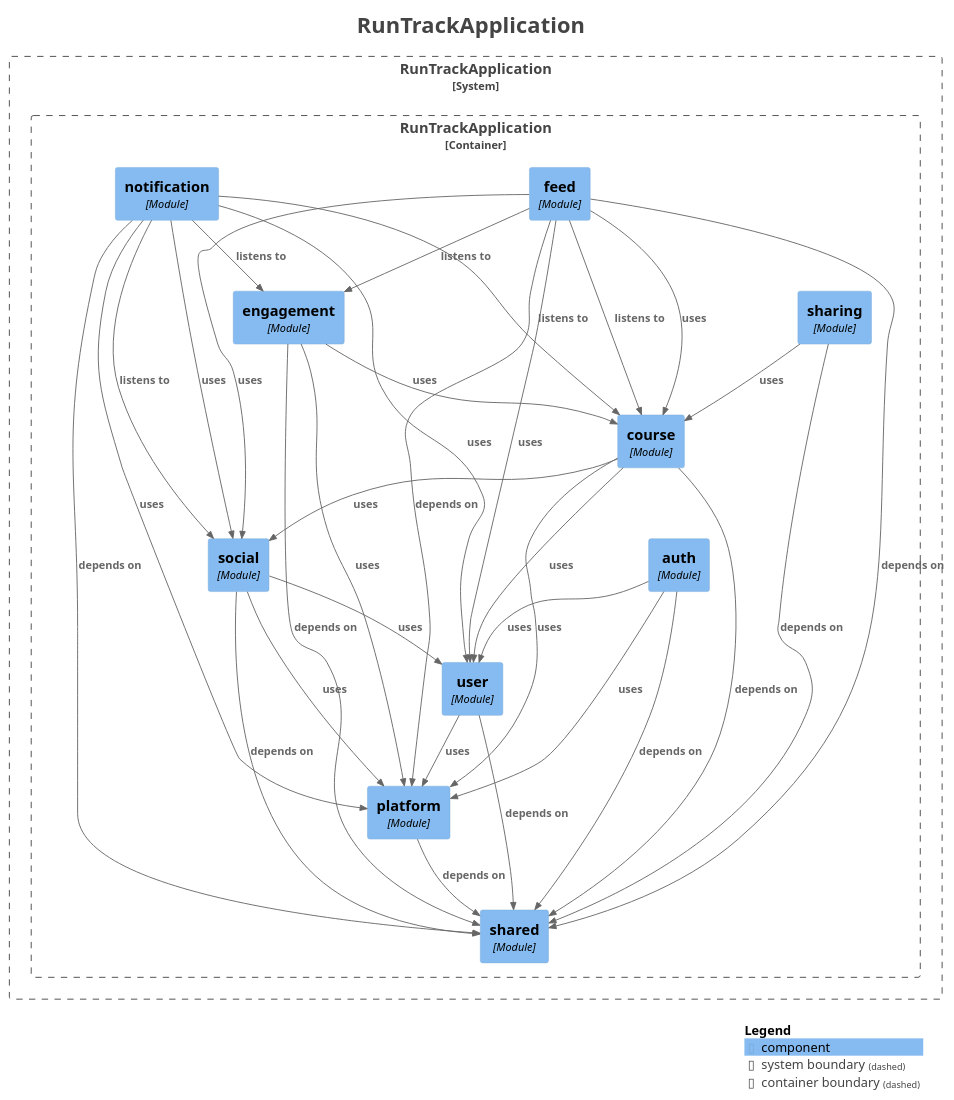
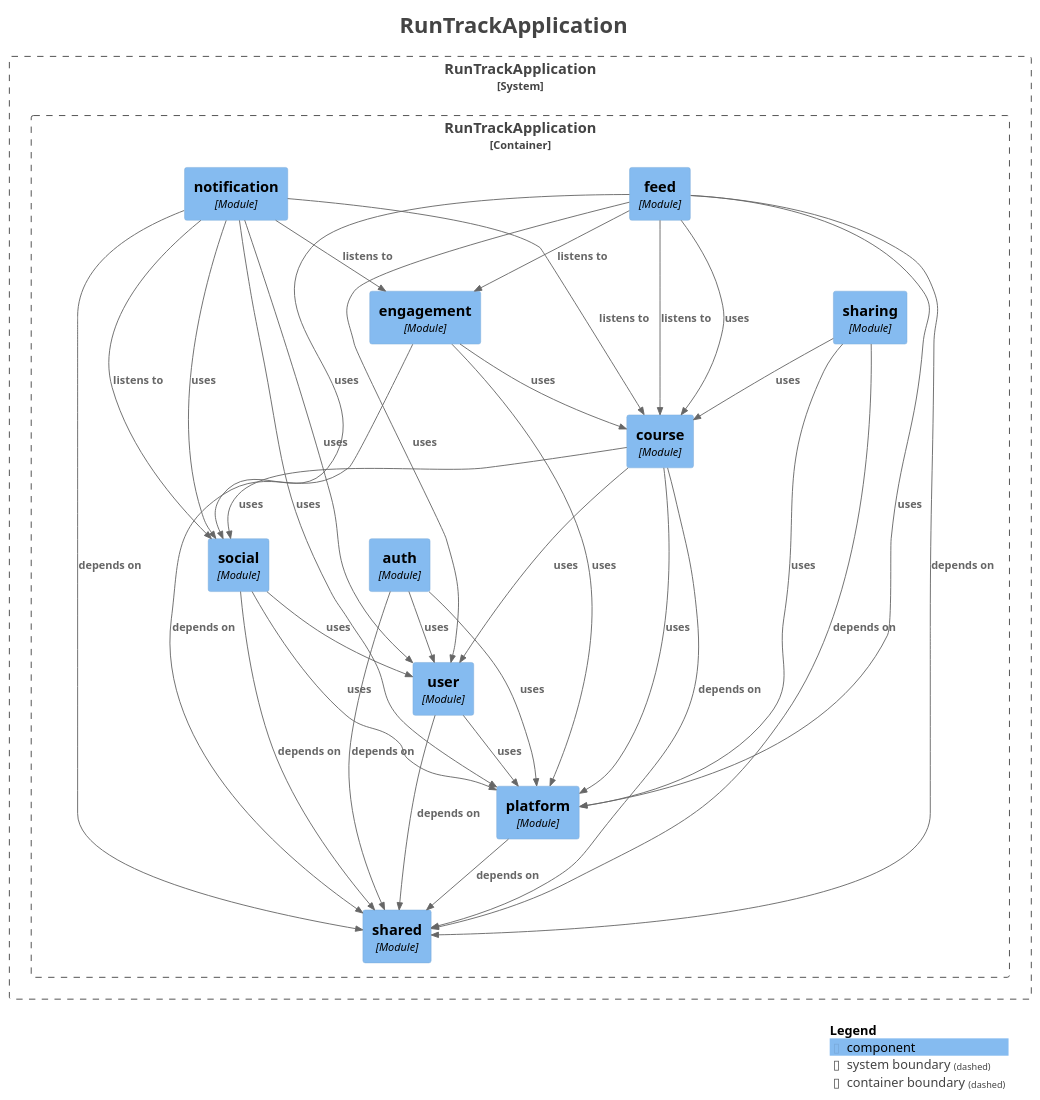
The diagram in docs/modules/components.puml (ThoRibeiro/runtrack), drawn with PlantUML before and after one commit. The commit also changed 37 other files, not shown here.

```diff
--- a/docs/modules/components.puml
+++ b/docs/modules/components.puml
@@ -1,69 +1,70 @@
 @startuml
 title <size:24>RunTrackApplication</size>
 
 set separator none
 top to bottom direction
 
 <style>
   root {
     BackgroundColor: #ffffff
     FontColor: #444444
   }
 </style>
 
 !include <C4/C4>
 !include <C4/C4_Context>
 !include <C4/C4_Component>
 
 System_Boundary("RunTrackApplication_boundary", "RunTrackApplication", $tags="") {
   Container_Boundary("RunTrackApplication.RunTrackApplication_boundary", "RunTrackApplication", $tags="") {
     Component(RunTrackApplication.RunTrackApplication.engagement, "engagement", $techn="Module", $descr="", $tags="", $link="")
     Component(RunTrackApplication.RunTrackApplication.sharing, "sharing", $techn="Module", $descr="", $tags="", $link="")
     Component(RunTrackApplication.RunTrackApplication.feed, "feed", $techn="Module", $descr="", $tags="", $link="")
     Component(RunTrackApplication.RunTrackApplication.notification, "notification", $techn="Module", $descr="", $tags="", $link="")
     Component(RunTrackApplication.RunTrackApplication.shared, "shared", $techn="Module", $descr="", $tags="", $link="")
     Component(RunTrackApplication.RunTrackApplication.platform, "platform", $techn="Module", $descr="", $tags="", $link="")
     Component(RunTrackApplication.RunTrackApplication.user, "user", $techn="Module", $descr="", $tags="", $link="")
     Component(RunTrackApplication.RunTrackApplication.auth, "auth", $techn="Module", $descr="", $tags="", $link="")
     Component(RunTrackApplication.RunTrackApplication.social, "social", $techn="Module", $descr="", $tags="", $link="")
     Component(RunTrackApplication.RunTrackApplication.course, "course", $techn="Module", $descr="", $tags="", $link="")
   }
 
 }
 
-Rel(RunTrackApplication.RunTrackApplication.sharing, RunTrackApplication.RunTrackApplication.shared, "depends on", $techn="", $tags="", $link="")
-Rel(RunTrackApplication.RunTrackApplication.sharing, RunTrackApplication.RunTrackApplication.course, "uses", $techn="", $tags="", $link="")
-Rel(RunTrackApplication.RunTrackApplication.auth, RunTrackApplication.RunTrackApplication.shared, "depends on", $techn="", $tags="", $link="")
-Rel(RunTrackApplication.RunTrackApplication.auth, RunTrackApplication.RunTrackApplication.platform, "uses", $techn="", $tags="", $link="")
-Rel(RunTrackApplication.RunTrackApplication.auth, RunTrackApplication.RunTrackApplication.user, "uses", $techn="", $tags="", $link="")
-Rel(RunTrackApplication.RunTrackApplication.feed, RunTrackApplication.RunTrackApplication.engagement, "listens to", $techn="", $tags="", $link="")
-Rel(RunTrackApplication.RunTrackApplication.feed, RunTrackApplication.RunTrackApplication.course, "listens to", $techn="", $tags="", $link="")
-Rel(RunTrackApplication.RunTrackApplication.feed, RunTrackApplication.RunTrackApplication.shared, "depends on", $techn="", $tags="", $link="")
-Rel(RunTrackApplication.RunTrackApplication.feed, RunTrackApplication.RunTrackApplication.platform, "depends on", $techn="", $tags="", $link="")
-Rel(RunTrackApplication.RunTrackApplication.feed, RunTrackApplication.RunTrackApplication.course, "uses", $techn="", $tags="", $link="")
-Rel(RunTrackApplication.RunTrackApplication.feed, RunTrackApplication.RunTrackApplication.social, "uses", $techn="", $tags="", $link="")
-Rel(RunTrackApplication.RunTrackApplication.feed, RunTrackApplication.RunTrackApplication.user, "uses", $techn="", $tags="", $link="")
-Rel(RunTrackApplication.RunTrackApplication.notification, RunTrackApplication.RunTrackApplication.course, "listens to", $techn="", $tags="", $link="")
-Rel(RunTrackApplication.RunTrackApplication.notification, RunTrackApplication.RunTrackApplication.engagement, "listens to", $techn="", $tags="", $link="")
-Rel(RunTrackApplication.RunTrackApplication.notification, RunTrackApplication.RunTrackApplication.social, "listens to", $techn="", $tags="", $link="")
-Rel(RunTrackApplication.RunTrackApplication.notification, RunTrackApplication.RunTrackApplication.shared, "depends on", $techn="", $tags="", $link="")
-Rel(RunTrackApplication.RunTrackApplication.notification, RunTrackApplication.RunTrackApplication.platform, "uses", $techn="", $tags="", $link="")
-Rel(RunTrackApplication.RunTrackApplication.notification, RunTrackApplication.RunTrackApplication.social, "uses", $techn="", $tags="", $link="")
-Rel(RunTrackApplication.RunTrackApplication.notification, RunTrackApplication.RunTrackApplication.user, "uses", $techn="", $tags="", $link="")
+Rel(RunTrackApplication.RunTrackApplication.social, RunTrackApplication.RunTrackApplication.shared, "depends on", $techn="", $tags="", $link="")
+Rel(RunTrackApplication.RunTrackApplication.social, RunTrackApplication.RunTrackApplication.platform, "uses", $techn="", $tags="", $link="")
+Rel(RunTrackApplication.RunTrackApplication.social, RunTrackApplication.RunTrackApplication.user, "uses", $techn="", $tags="", $link="")
 Rel(RunTrackApplication.RunTrackApplication.course, RunTrackApplication.RunTrackApplication.shared, "depends on", $techn="", $tags="", $link="")
 Rel(RunTrackApplication.RunTrackApplication.course, RunTrackApplication.RunTrackApplication.user, "uses", $techn="", $tags="", $link="")
 Rel(RunTrackApplication.RunTrackApplication.course, RunTrackApplication.RunTrackApplication.social, "uses", $techn="", $tags="", $link="")
 Rel(RunTrackApplication.RunTrackApplication.course, RunTrackApplication.RunTrackApplication.platform, "uses", $techn="", $tags="", $link="")
-Rel(RunTrackApplication.RunTrackApplication.platform, RunTrackApplication.RunTrackApplication.shared, "depends on", $techn="", $tags="", $link="")
 Rel(RunTrackApplication.RunTrackApplication.engagement, RunTrackApplication.RunTrackApplication.shared, "depends on", $techn="", $tags="", $link="")
 Rel(RunTrackApplication.RunTrackApplication.engagement, RunTrackApplication.RunTrackApplication.platform, "uses", $techn="", $tags="", $link="")
 Rel(RunTrackApplication.RunTrackApplication.engagement, RunTrackApplication.RunTrackApplication.course, "uses", $techn="", $tags="", $link="")
 Rel(RunTrackApplication.RunTrackApplication.user, RunTrackApplication.RunTrackApplication.shared, "depends on", $techn="", $tags="", $link="")
 Rel(RunTrackApplication.RunTrackApplication.user, RunTrackApplication.RunTrackApplication.platform, "uses", $techn="", $tags="", $link="")
-Rel(RunTrackApplication.RunTrackApplication.social, RunTrackApplication.RunTrackApplication.shared, "depends on", $techn="", $tags="", $link="")
-Rel(RunTrackApplication.RunTrackApplication.social, RunTrackApplication.RunTrackApplication.platform, "uses", $techn="", $tags="", $link="")
-Rel(RunTrackApplication.RunTrackApplication.social, RunTrackApplication.RunTrackApplication.user, "uses", $techn="", $tags="", $link="")
+Rel(RunTrackApplication.RunTrackApplication.platform, RunTrackApplication.RunTrackApplication.shared, "depends on", $techn="", $tags="", $link="")
+Rel(RunTrackApplication.RunTrackApplication.sharing, RunTrackApplication.RunTrackApplication.shared, "depends on", $techn="", $tags="", $link="")
+Rel(RunTrackApplication.RunTrackApplication.sharing, RunTrackApplication.RunTrackApplication.platform, "uses", $techn="", $tags="", $link="")
+Rel(RunTrackApplication.RunTrackApplication.sharing, RunTrackApplication.RunTrackApplication.course, "uses", $techn="", $tags="", $link="")
+Rel(RunTrackApplication.RunTrackApplication.auth, RunTrackApplication.RunTrackApplication.shared, "depends on", $techn="", $tags="", $link="")
+Rel(RunTrackApplication.RunTrackApplication.auth, RunTrackApplication.RunTrackApplication.platform, "uses", $techn="", $tags="", $link="")
+Rel(RunTrackApplication.RunTrackApplication.auth, RunTrackApplication.RunTrackApplication.user, "uses", $techn="", $tags="", $link="")
+Rel(RunTrackApplication.RunTrackApplication.feed, RunTrackApplication.RunTrackApplication.course, "listens to", $techn="", $tags="", $link="")
+Rel(RunTrackApplication.RunTrackApplication.feed, RunTrackApplication.RunTrackApplication.engagement, "listens to", $techn="", $tags="", $link="")
+Rel(RunTrackApplication.RunTrackApplication.feed, RunTrackApplication.RunTrackApplication.shared, "depends on", $techn="", $tags="", $link="")
+Rel(RunTrackApplication.RunTrackApplication.feed, RunTrackApplication.RunTrackApplication.platform, "uses", $techn="", $tags="", $link="")
+Rel(RunTrackApplication.RunTrackApplication.feed, RunTrackApplication.RunTrackApplication.course, "uses", $techn="", $tags="", $link="")
+Rel(RunTrackApplication.RunTrackApplication.feed, RunTrackApplication.RunTrackApplication.social, "uses", $techn="", $tags="", $link="")
+Rel(RunTrackApplication.RunTrackApplication.feed, RunTrackApplication.RunTrackApplication.user, "uses", $techn="", $tags="", $link="")
+Rel(RunTrackApplication.RunTrackApplication.notification, RunTrackApplication.RunTrackApplication.social, "listens to", $techn="", $tags="", $link="")
+Rel(RunTrackApplication.RunTrackApplication.notification, RunTrackApplication.RunTrackApplication.course, "listens to", $techn="", $tags="", $link="")
+Rel(RunTrackApplication.RunTrackApplication.notification, RunTrackApplication.RunTrackApplication.engagement, "listens to", $techn="", $tags="", $link="")
+Rel(RunTrackApplication.RunTrackApplication.notification, RunTrackApplication.RunTrackApplication.shared, "depends on", $techn="", $tags="", $link="")
+Rel(RunTrackApplication.RunTrackApplication.notification, RunTrackApplication.RunTrackApplication.platform, "uses", $techn="", $tags="", $link="")
+Rel(RunTrackApplication.RunTrackApplication.notification, RunTrackApplication.RunTrackApplication.social, "uses", $techn="", $tags="", $link="")
+Rel(RunTrackApplication.RunTrackApplication.notification, RunTrackApplication.RunTrackApplication.user, "uses", $techn="", $tags="", $link="")
 
 SHOW_LEGEND(true)
 hide stereotypes
 @enduml
```
